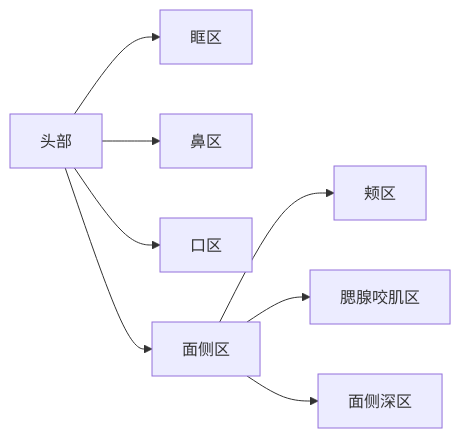
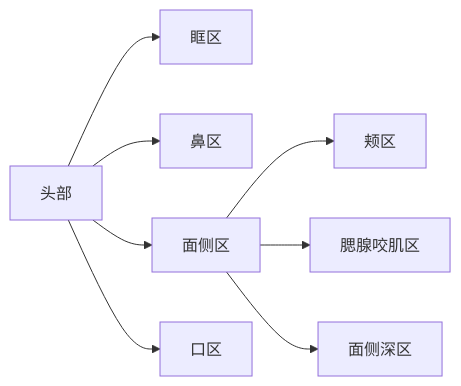
One commit to lifegpc/study-notes changed the diagram in 局部解剖学/mermaid/头部面部分区.mmd. Above: the diagram before and after it, drawn with Mermaid. The commit also changed other lines of this file and 2 other files, not shown here.

```diff
--- a/局部解剖学/mermaid/头部面部分区.mmd
+++ b/局部解剖学/mermaid/头部面部分区.mmd
@@ -1,8 +1,8 @@
 graph LR
 H[头部]-->眶区
 H-->鼻区
+H-->F[面侧区]
 H-->口区
-H-->F[面侧区]
 F-->颊区
 F-->腮腺咬肌区
 F-->面侧深区
```
